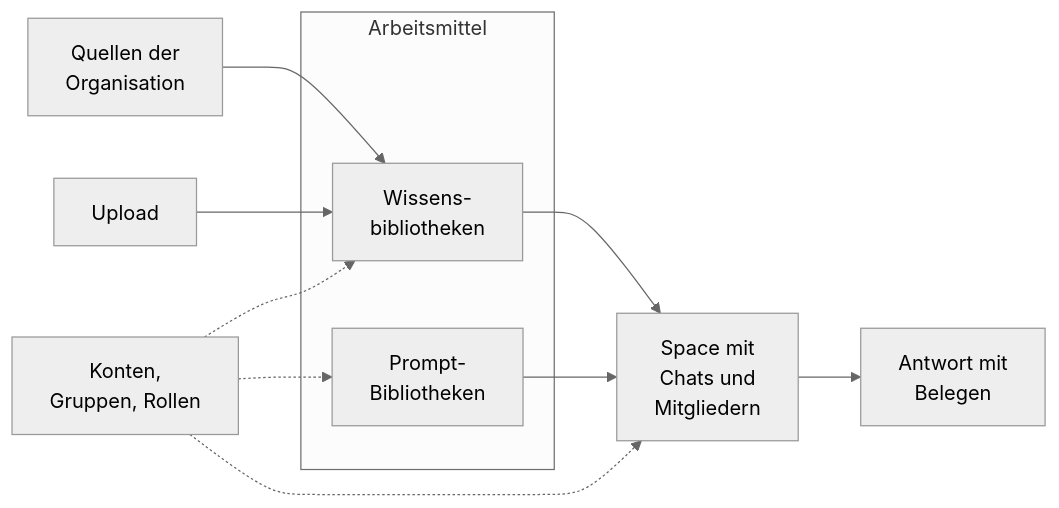
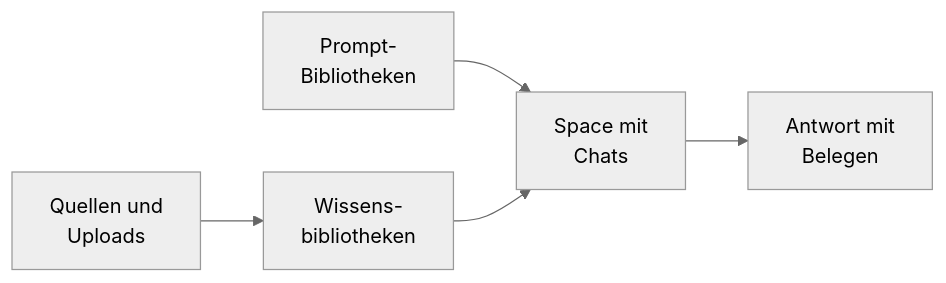
Before and after one commit to criew/opaa: the diagram in docs/handbuch/README.md, drawn with Mermaid (neutral theme). The commit also changed other lines of this file and 364 other files, not shown here.

````diff
--- a/docs/handbuch/README.md
+++ b/docs/handbuch/README.md
@@ -28,15 +23,7 @@
 ```mermaid
 flowchart LR
-    subgraph Arbeitsmittel
-        W[Wissens-<br/>bibliotheken]
-        P[Prompt-<br/>Bibliotheken]
-    end
-    Q[Quellen der<br/>Organisation] --> W
-    U[Upload] --> W
-    W --> S[Space mit<br/>Chats und<br/>Mitgliedern]
-    P --> S
+    Q[Quellen und<br/>Uploads] --> W[Wissens-<br/>bibliotheken]
+    P[Prompt-<br/>Bibliotheken] --> S[Space mit<br/>Chats]
+    W --> S
     S --> A[Antwort mit<br/>Belegen]
-    R[Konten,<br/>Gruppen, Rollen] -.-> W
-    R -.-> P
-    R -.-> S
 ```
````
